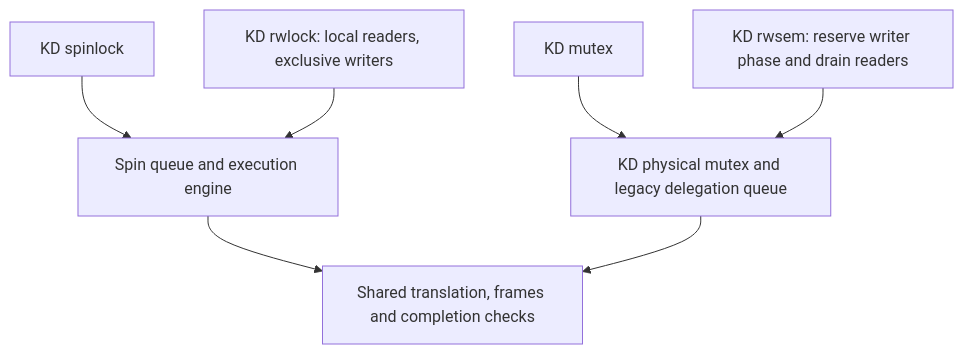
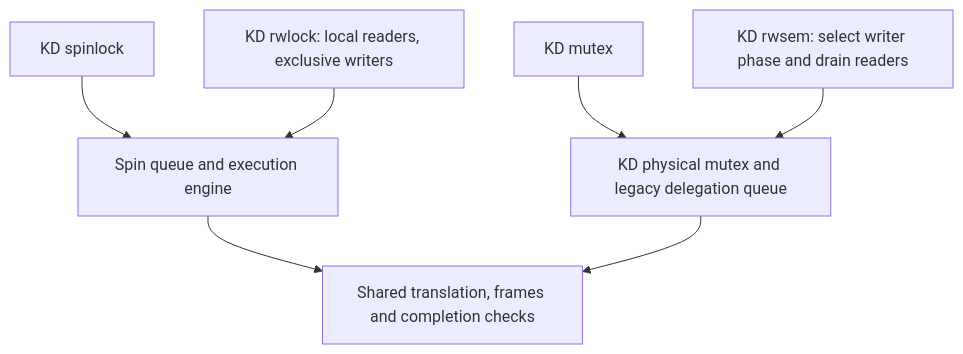
The diagram in docs/LOCKS.md (hailongeric/kdlock), drawn with Mermaid before and after one commit. The commit also changed other lines of this file and 39 other files, not shown here.

````diff
--- a/docs/LOCKS.md
+++ b/docs/LOCKS.md
@@ -36,9 +36,9 @@
 ```mermaid
 flowchart TD
     Spin["KD spinlock"] --> SpinEngine["Spin queue and execution engine"]
     Rwlock["KD rwlock: local readers, exclusive writers"] --> SpinEngine
     Mutex["KD mutex"] --> MutexEngine["KD physical mutex and legacy delegation queue"]
-    Rwsem["KD rwsem: reserve writer phase and drain readers"] --> MutexEngine
+    Rwsem["KD rwsem: select writer phase and drain readers"] --> MutexEngine
     SpinEngine --> Shared["Shared translation, frames and completion checks"]
     MutexEngine --> Shared
 ```
````
